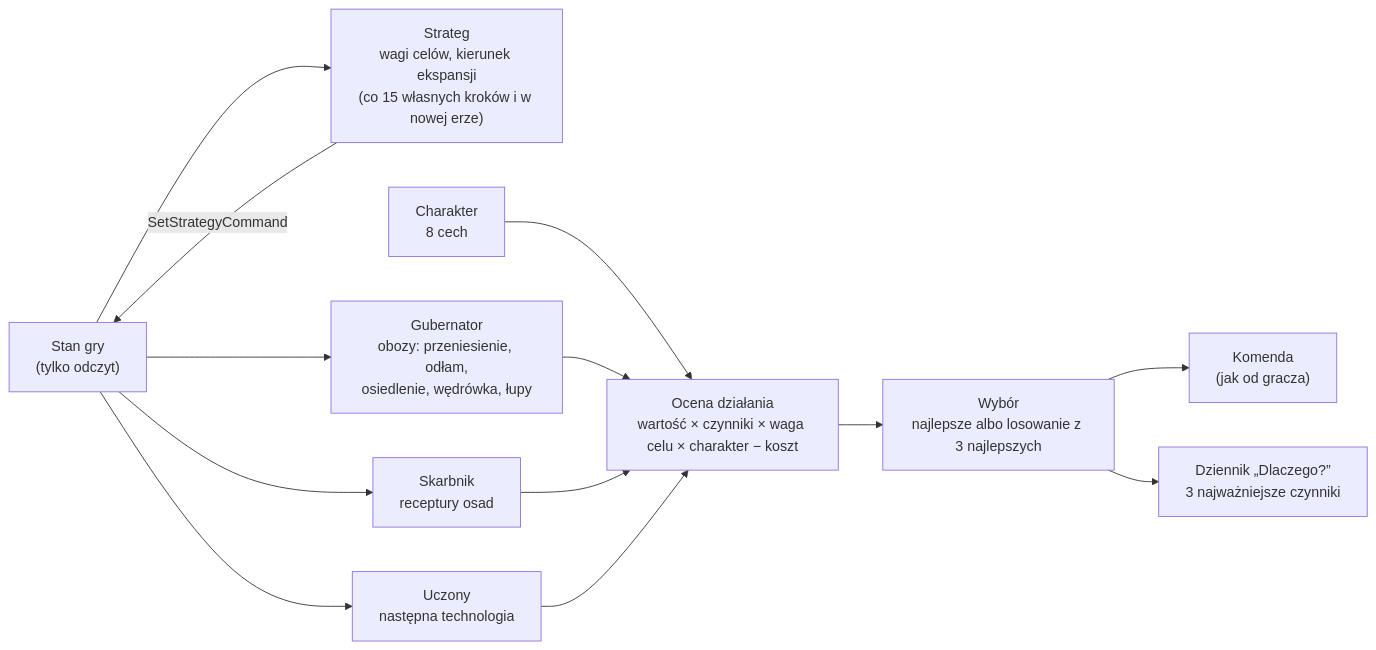
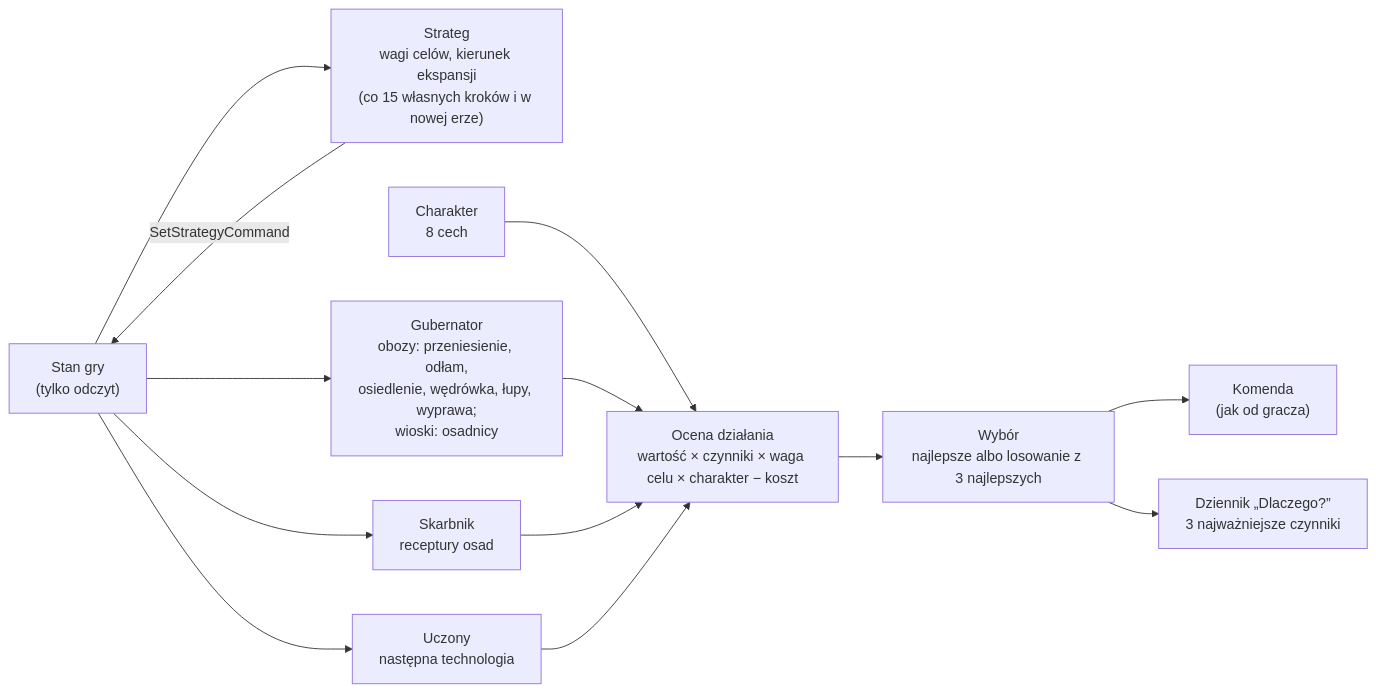
One commit to CoStellar/CivSim2 changed the diagram in docs/systems/ai.md. Above: the diagram before and after it, drawn with Mermaid. The commit also changed other lines of this file and 6 other files, not shown here.

First line of the commit message:
AI docs for PR C: evaluation, statistics, history, system page, charts

````diff
--- a/docs/systems/ai.md
+++ b/docs/systems/ai.md
@@ -16,15 +16,15 @@
 ```mermaid
 flowchart LR
   S["Stan gry<br/>(tylko odczyt)"] --> ST["Strateg<br/>wagi celów, kierunek ekspansji<br/>(co 15 własnych kroków i w nowej erze)"]
   ST -->|SetStrategyCommand| S
   CH["Charakter<br/>8 cech"] --> E
-  S --> G["Gubernator<br/>obozy: przeniesienie, odłam,<br/>osiedlenie, wędrówka, łupy"]
+  S --> G["Gubernator<br/>obozy: przeniesienie, odłam,<br/>osiedlenie, wędrówka, łupy, wyprawa;<br/>wioski: osadnicy"]
   S --> T["Skarbnik<br/>receptury osad"]
   S --> U["Uczony<br/>następna technologia"]
   G --> E["Ocena działania<br/>wartość × czynniki × waga celu × charakter − koszt"]
   T --> E
   U --> E
   E --> C["Wybór<br/>najlepsze albo losowanie z 3 najlepszych"]
   C --> Q["Komenda<br/>(jak od gracza)"]
   C --> L["Dziennik „Dlaczego?”<br/>3 najważniejsze czynniki"]
 ```
````
